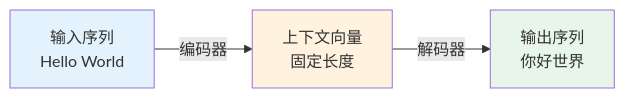
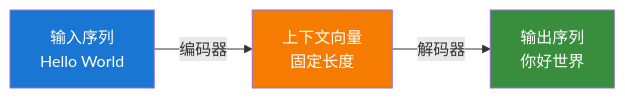
The fourth of 5 diagrams in 一起学Transformer/01a-编码器解码器架构详解.md (Zheng-Enci/Knoweledges), drawn with Mermaid before and after one commit. The commit also changed other lines of this file, not shown here.

Commit message:
docs: 优化流程图颜色对比度，补充瓶颈问题详细说明

````diff
--- a/一起学Transformer/01a-编码器解码器架构详解.md
+++ b/一起学Transformer/01a-编码器解码器架构详解.md
@@ -628,9 +628,9 @@
 ```mermaid
 flowchart LR
     A[输入序列<br/>Hello World] -->|编码器| B[上下文向量<br/>固定长度]
     B -->|解码器| C[输出序列<br/>你好世界]
     
-    style A fill:#e3f2fd
-    style B fill:#fff3e0
-    style C fill:#e8f5e9
+    style A fill:#1976d2,color:#fff
+    style B fill:#f57c00,color:#fff
+    style C fill:#388e3c,color:#fff
 ```
````
